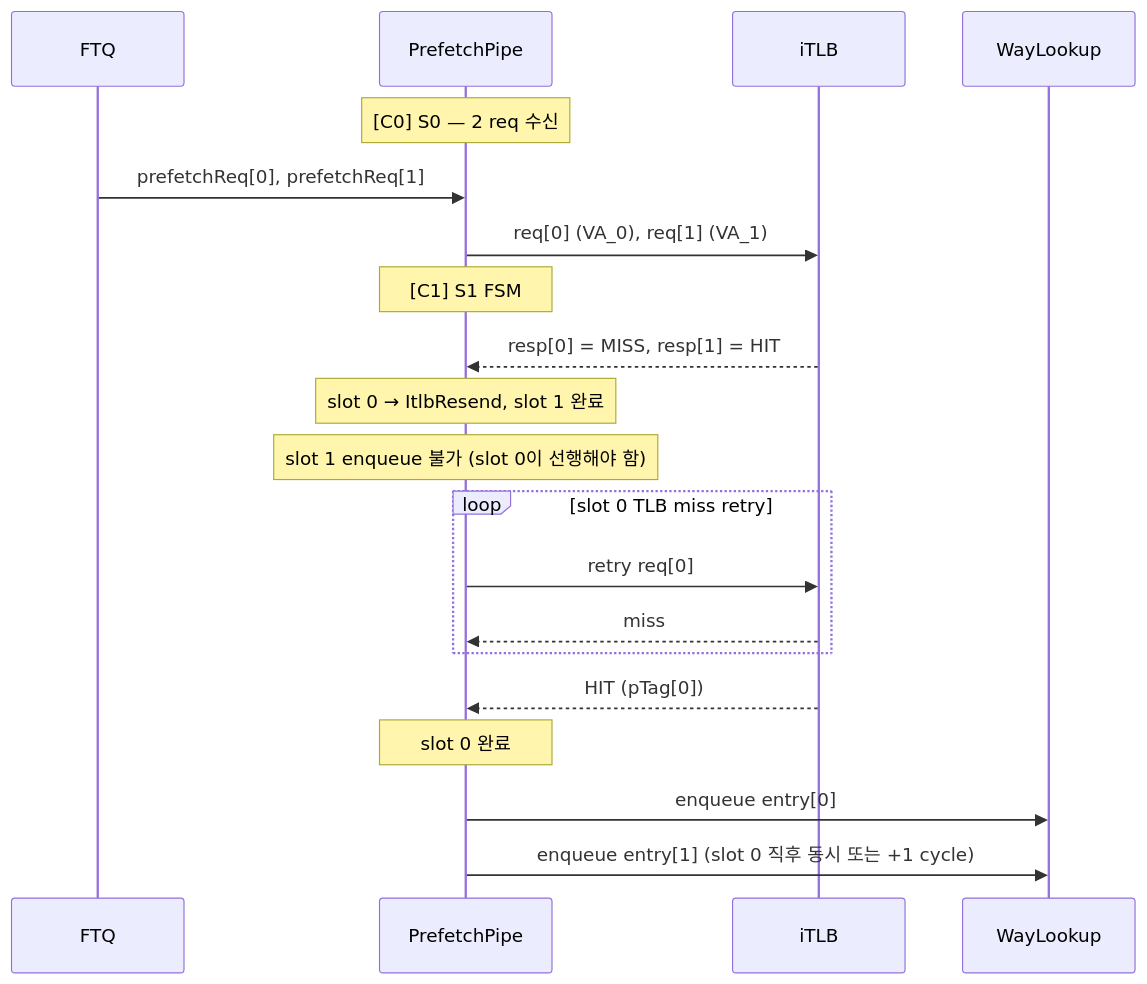
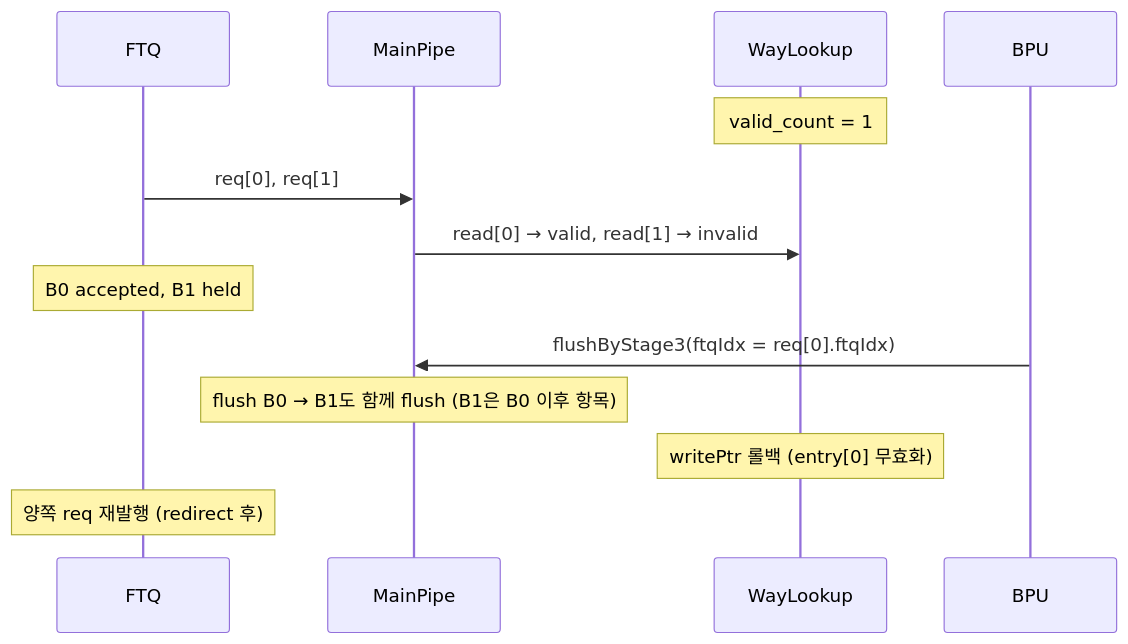
One commit to cinkeun/CPU_XS_02172026 changed the fourth of 4 diagrams in src/main/scala/xiangshan/frontend/doc/2fetch_icache_uarch.md. Above: the diagram before and after it, drawn with Mermaid. The commit also changed other lines of this file, not shown here.

````diff
--- a/src/main/scala/xiangshan/frontend/doc/2fetch_icache_uarch.md
+++ b/src/main/scala/xiangshan/frontend/doc/2fetch_icache_uarch.md
@@ -663,28 +1071,17 @@
 ```mermaid
 sequenceDiagram
     participant FTQ
-    participant PP as PrefetchPipe
-    participant TLB as iTLB
+    participant MP as MainPipe
     participant WL as WayLookup
+    participant BPU
 
-    Note over PP: [C0] S0 — 2 req 수신
-    FTQ ->> PP: prefetchReq[0], prefetchReq[1]
-    PP ->> TLB: req[0] (VA_0), req[1] (VA_1)
+    Note over WL: valid_count = 1
+    FTQ ->> MP: req[0], req[1]
+    MP ->> WL: read[0] → valid, read[1] → invalid
+    Note over FTQ: B0 accepted, B1 held
 
-    Note over PP: [C1] S1 FSM
-    TLB -->> PP: resp[0] = MISS, resp[1] = HIT
-
-    Note over PP: slot 0 → ItlbResend, slot 1 완료
-    Note over PP: slot 1 enqueue 불가 (slot 0이 선행해야 함)
-
-    loop slot 0 TLB miss retry
-        PP ->> TLB: retry req[0]
-        TLB -->> PP: miss
-    end
-
-    TLB -->> PP: HIT (pTag[0])
-    Note over PP: slot 0 완료
-
-    PP ->> WL: enqueue entry[0]
-    PP ->> WL: enqueue entry[1]   (slot 0 직후 동시 또는 +1 cycle)
+    BPU ->> MP: flushByStage3(ftqIdx = req[0].ftqIdx)
+    Note over MP: flush B0 → B1도 함께 flush (B1은 B0 이후 항목)
+    Note over WL: writePtr 롤백 (entry[0] 무효화)
+    Note over FTQ: 양쪽 req 재발행 (redirect 후)
 ```
````
